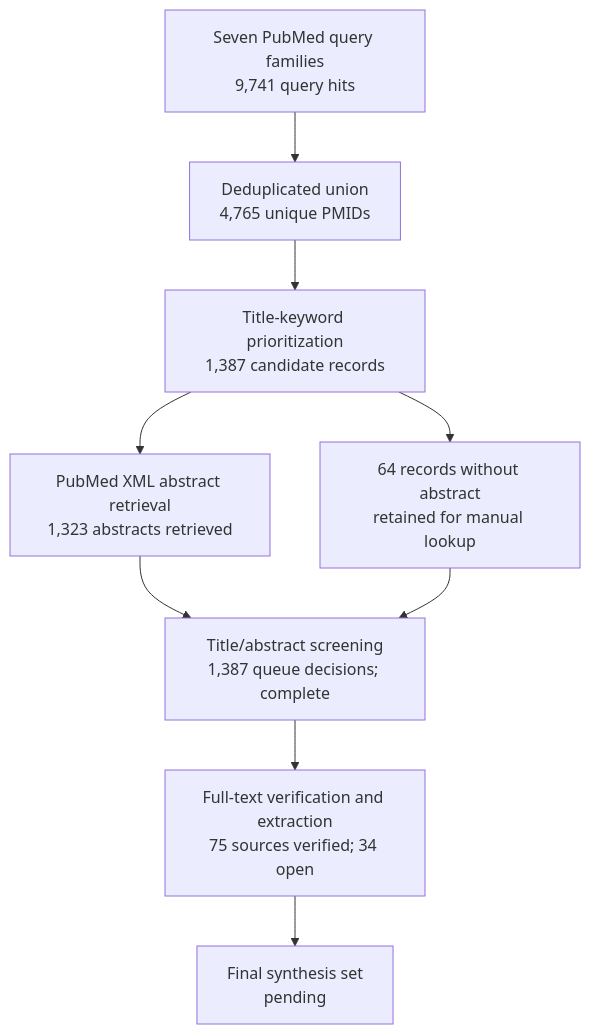
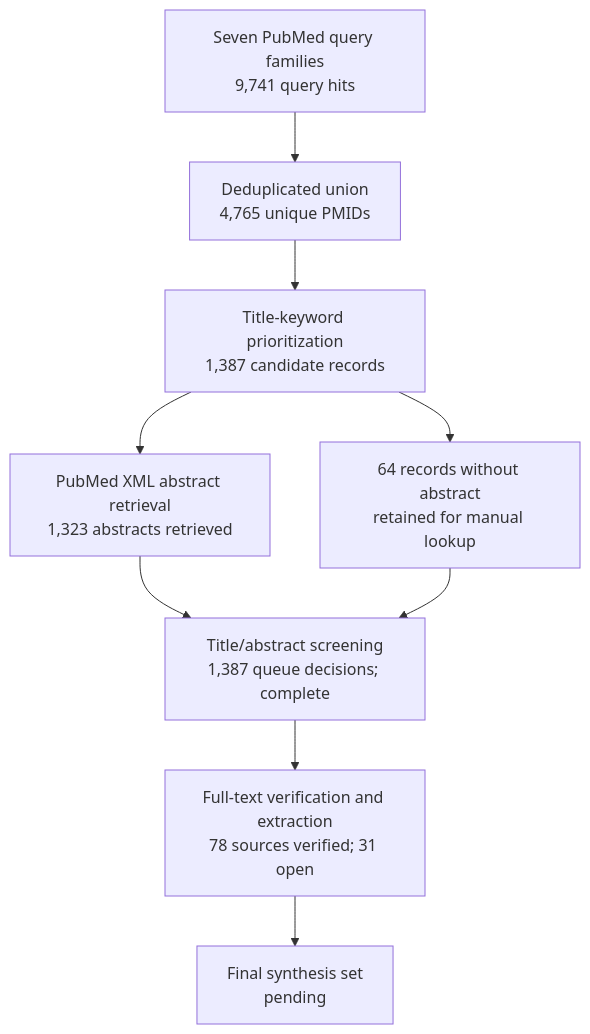
Before and after one commit to dcmcshan/artemisia: the diagram in manuscript/review-flow.md, drawn with Mermaid. The commit also changed other lines of this file and 12 other files, not shown here.

````diff
--- a/manuscript/review-flow.md
+++ b/manuscript/review-flow.md
@@ -5,11 +5,11 @@
 ```mermaid
 flowchart TB
   Q[Seven PubMed query families<br/>9,741 query hits] --> U[Deduplicated union<br/>4,765 unique PMIDs]
   U --> T[Title-keyword prioritization<br/>1,387 candidate records]
   T --> A[PubMed XML abstract retrieval<br/>1,323 abstracts retrieved]
   T --> N[64 records without abstract<br/>retained for manual lookup]
   A --> M[Title/abstract screening<br/>1,387 queue decisions; complete]
   N --> M
-  M --> F[Full-text verification and extraction<br/>75 sources verified; 34 open]
+  M --> F[Full-text verification and extraction<br/>78 sources verified; 31 open]
   F --> S[Final synthesis set<br/>pending]
 ```
````
